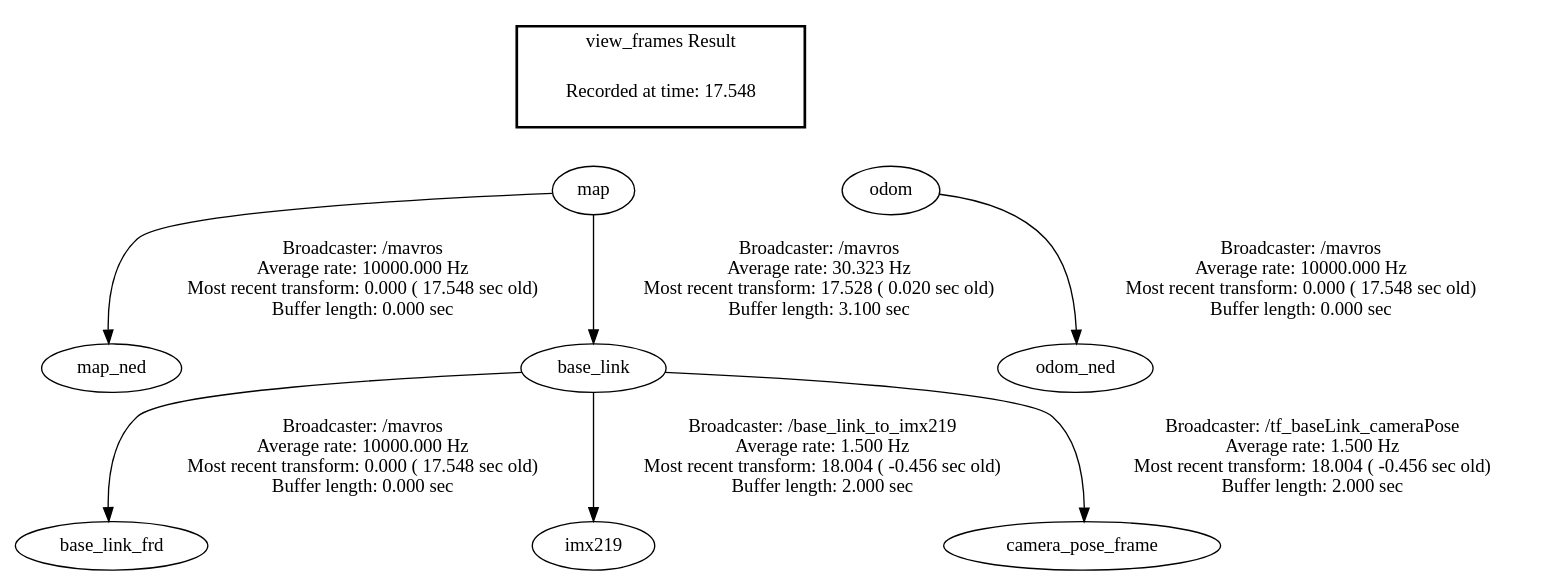
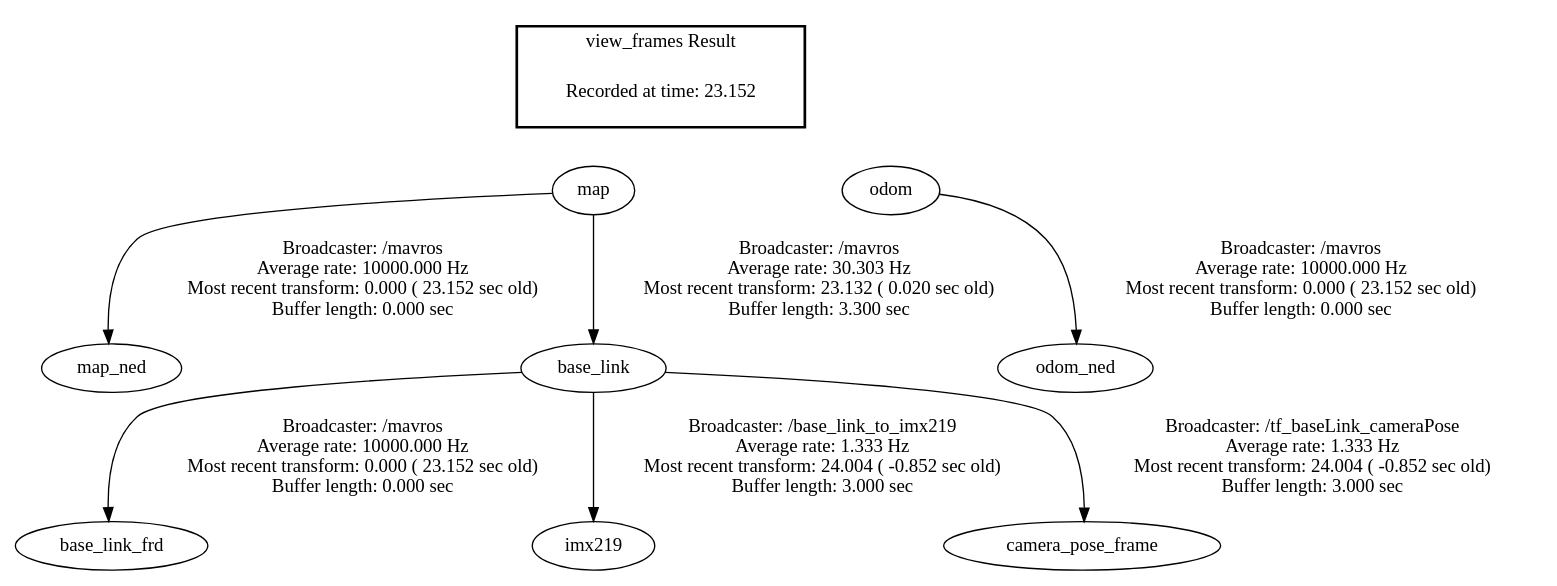
The diagram in frames.gv (BenAgro314/catkin_ws_engsci), drawn with Graphviz before and after one commit. The commit also changed 11 other files, not shown here.

```diff
--- a/frames.gv
+++ b/frames.gv
@@ -1,16 +1,16 @@
 digraph G {
-"map" -> "map_ned"[label="Broadcaster: /mavros\nAverage rate: 10000.000 Hz\nMost recent transform: 0.000 ( 17.548 sec old)\nBuffer length: 0.000 sec\n"];
-"odom" -> "odom_ned"[label="Broadcaster: /mavros\nAverage rate: 10000.000 Hz\nMost recent transform: 0.000 ( 17.548 sec old)\nBuffer length: 0.000 sec\n"];
-"base_link" -> "base_link_frd"[label="Broadcaster: /mavros\nAverage rate: 10000.000 Hz\nMost recent transform: 0.000 ( 17.548 sec old)\nBuffer length: 0.000 sec\n"];
-"map" -> "base_link"[label="Broadcaster: /mavros\nAverage rate: 30.323 Hz\nMost recent transform: 17.528 ( 0.020 sec old)\nBuffer length: 3.100 sec\n"];
-"base_link" -> "imx219"[label="Broadcaster: /base_link_to_imx219\nAverage rate: 1.500 Hz\nMost recent transform: 18.004 ( -0.456 sec old)\nBuffer length: 2.000 sec\n"];
-"base_link" -> "camera_pose_frame"[label="Broadcaster: /tf_baseLink_cameraPose\nAverage rate: 1.500 Hz\nMost recent transform: 18.004 ( -0.456 sec old)\nBuffer length: 2.000 sec\n"];
+"map" -> "map_ned"[label="Broadcaster: /mavros\nAverage rate: 10000.000 Hz\nMost recent transform: 0.000 ( 23.152 sec old)\nBuffer length: 0.000 sec\n"];
+"odom" -> "odom_ned"[label="Broadcaster: /mavros\nAverage rate: 10000.000 Hz\nMost recent transform: 0.000 ( 23.152 sec old)\nBuffer length: 0.000 sec\n"];
+"base_link" -> "base_link_frd"[label="Broadcaster: /mavros\nAverage rate: 10000.000 Hz\nMost recent transform: 0.000 ( 23.152 sec old)\nBuffer length: 0.000 sec\n"];
+"map" -> "base_link"[label="Broadcaster: /mavros\nAverage rate: 30.303 Hz\nMost recent transform: 23.132 ( 0.020 sec old)\nBuffer length: 3.300 sec\n"];
+"base_link" -> "imx219"[label="Broadcaster: /base_link_to_imx219\nAverage rate: 1.333 Hz\nMost recent transform: 24.004 ( -0.852 sec old)\nBuffer length: 3.000 sec\n"];
+"base_link" -> "camera_pose_frame"[label="Broadcaster: /tf_baseLink_cameraPose\nAverage rate: 1.333 Hz\nMost recent transform: 24.004 ( -0.852 sec old)\nBuffer length: 3.000 sec\n"];
 edge [style=invis];
  subgraph cluster_legend { style=bold; color=black; label ="view_frames Result";
-"Recorded at time: 17.548"[ shape=plaintext ] ;
+"Recorded at time: 23.152"[ shape=plaintext ] ;
  }->"map";
 edge [style=invis];
  subgraph cluster_legend { style=bold; color=black; label ="view_frames Result";
-"Recorded at time: 17.548"[ shape=plaintext ] ;
+"Recorded at time: 23.152"[ shape=plaintext ] ;
  }->"odom";
 }
```
